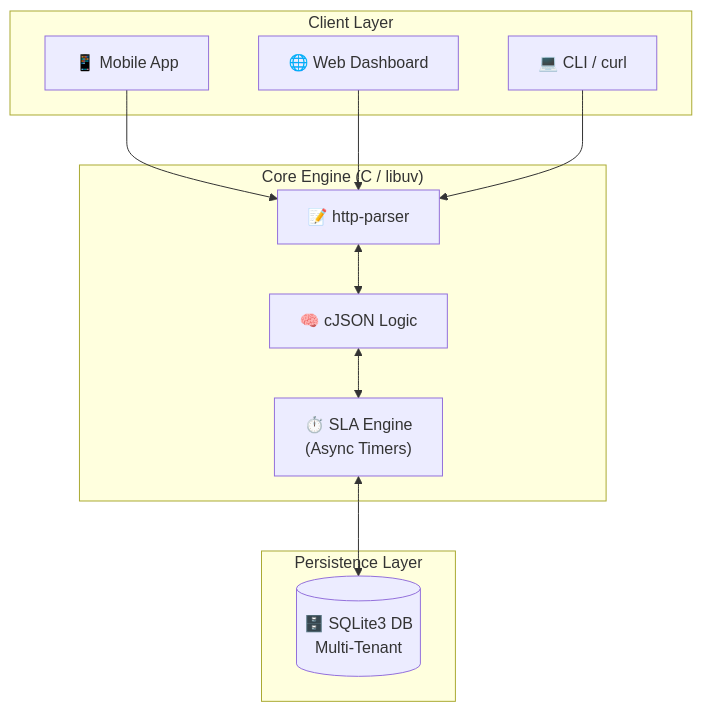
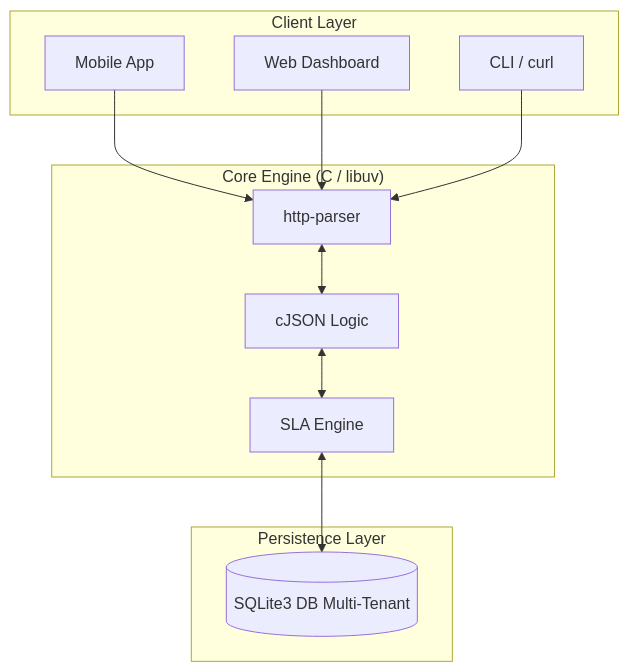
One commit to Raphasha27/SupportHive-C changed the diagram in README.md. Above: the diagram before and after it, drawn with Mermaid.

Commit message:
fix: simplify mermaid diagram for demo compatibility

````diff
--- a/README.md
+++ b/README.md
@@ -12,25 +12,25 @@
 ```mermaid
 graph TD
     subgraph Client Layer
-        Mobile["📱 Mobile App"]
-        Web["🌐 Web Dashboard"]
-        CLI["💻 CLI / curl"]
+        Mobile["Mobile App"]
+        Web["Web Dashboard"]
+        CLI["CLI / curl"]
     end
 
     subgraph Core Engine ["Core Engine (C / libuv)"]
-        Parser["📝 http-parser"]
-        JSON["🧠 cJSON Logic"]
-        SLA["⏱️ SLA Engine<br>(Async Timers)"]
+        Parser["http-parser"]
+        JSON["cJSON Logic"]
+        SLA["SLA Engine"]
     end
 
     subgraph Persistence Layer
-        DB[("🗄️ SQLite3 DB<br>Multi-Tenant")]
+        DB[("SQLite3 DB Multi-Tenant")]
     end
 
     Mobile --> Parser
     Web --> Parser
     CLI --> Parser
     Parser <--> JSON
     JSON <--> SLA
     SLA <--> DB
 ```
````
